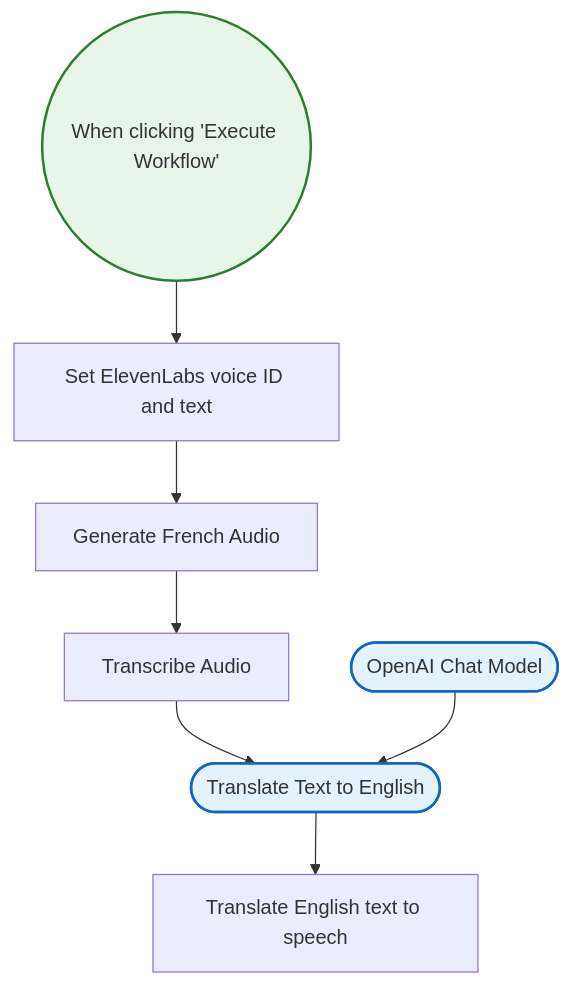
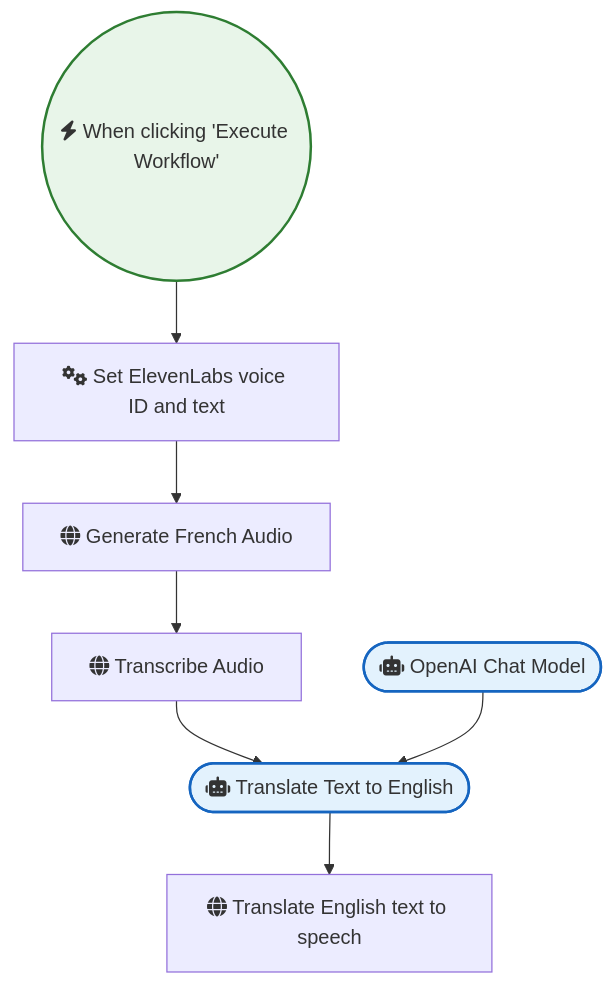
One commit to sreyash3105/N8N-DEMO-AUTOMATIONS changed the diagram in OpenAI_and_LLMs/Translate audio using AI.md. Above: the diagram before and after it, drawn with Mermaid. The commit also changed 291 other files, not shown here.

````diff
--- a/OpenAI_and_LLMs/Translate audio using AI.md
+++ b/OpenAI_and_LLMs/Translate audio using AI.md
@@ -1,21 +1,21 @@
 ```mermaid
 graph TD
     classDef trigger fill:#e8f5e9,stroke:#2e7d32,stroke-width:2px;
     classDef ai fill:#e3f2fd,stroke:#1565c0,stroke-width:2px;
     classDef logic fill:#fff3e0,stroke:#ef6c00,stroke-width:2px;
 
-    OpenAI_Chat_Model(["OpenAI Chat Model"]):::ai
-    When_clicking__Execute_Workflow_(("When clicking 'Execute Workflow'")):::trigger
-    Generate_French_Audio["Generate French Audio"]
-    Set_ElevenLabs_voice_ID_and_text["Set ElevenLabs voice ID and text"]
-    Translate_Text_to_English(["Translate Text to English"]):::ai
-    Translate_English_text_to_speech["Translate English text to speech"]
-    Transcribe_Audio["Transcribe Audio"]
+    OpenAI_Chat_Model(["fas:fa-robot OpenAI Chat Model"]):::ai
+    When_clicking__Execute_Workflow_(("fas:fa-bolt When clicking 'Execute Workflow'")):::trigger
+    Generate_French_Audio["fas:fa-globe Generate French Audio"]
+    Set_ElevenLabs_voice_ID_and_text["fas:fa-cogs Set ElevenLabs voice ID and text"]
+    Translate_Text_to_English(["fas:fa-robot Translate Text to English"]):::ai
+    Translate_English_text_to_speech["fas:fa-globe Translate English text to speech"]
+    Transcribe_Audio["fas:fa-globe Transcribe Audio"]
 
     Transcribe_Audio --> Translate_Text_to_English
     OpenAI_Chat_Model --> Translate_Text_to_English
     Generate_French_Audio --> Transcribe_Audio
     Translate_Text_to_English --> Translate_English_text_to_speech
     Set_ElevenLabs_voice_ID_and_text --> Generate_French_Audio
     When_clicking__Execute_Workflow_ --> Set_ElevenLabs_voice_ID_and_text
 ```
````
